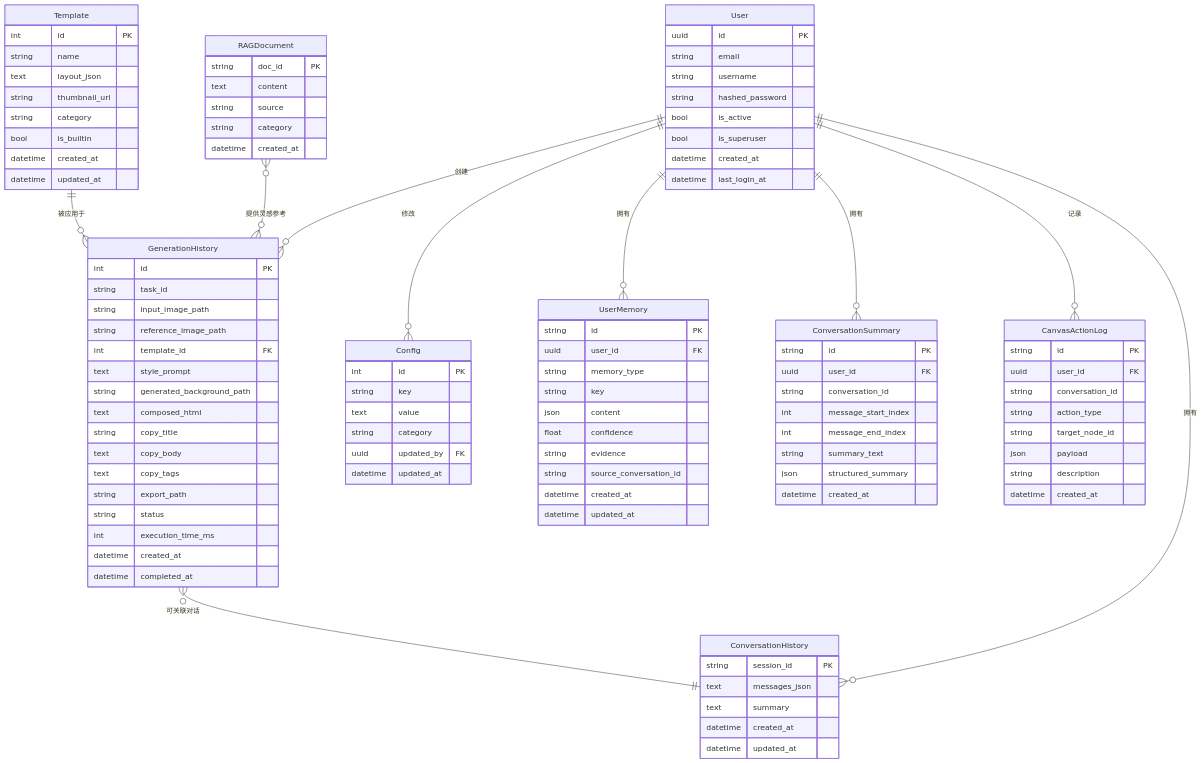
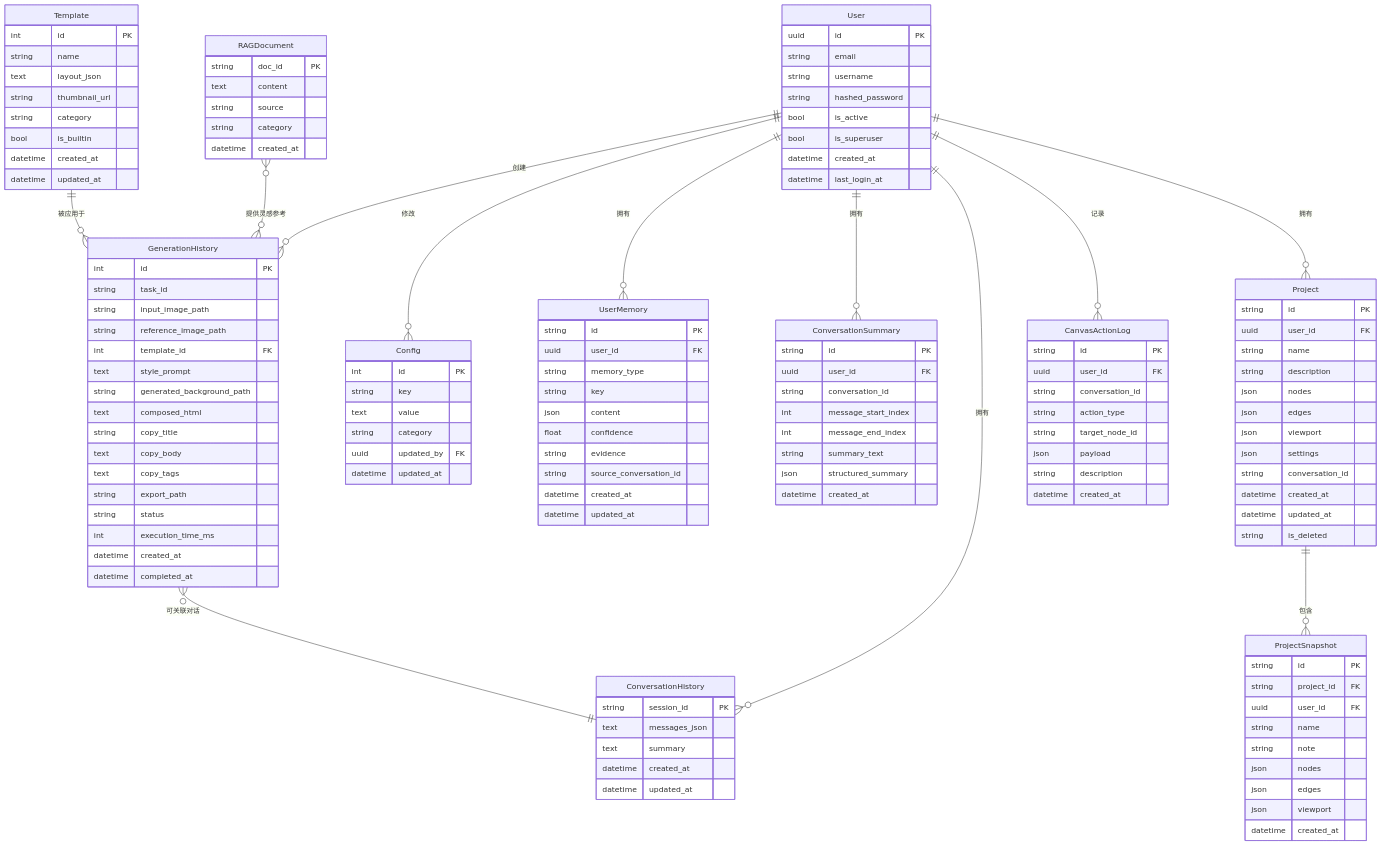
Before and after one commit to tianfeicoding/magnes: the first of 4 diagrams in specs/04_data_design.md, drawn with Mermaid. The commit also changed other lines of this file and 23 other files, not shown here.

````diff
--- a/specs/04_data_design.md
+++ b/specs/04_data_design.md
@@ -381,6 +428,33 @@
         datetime created_at
     }
 
+    Project {
+        string id PK
+        uuid user_id FK
+        string name
+        string description
+        json nodes
+        json edges
+        json viewport
+        json settings
+        string conversation_id
+        datetime created_at
+        datetime updated_at
+        string is_deleted
+    }
+
+    ProjectSnapshot {
+        string id PK
+        string project_id FK
+        uuid user_id FK
+        string name
+        string note
+        json nodes
+        json edges
+        json viewport
+        datetime created_at
+    }
+
     CanvasActionLog {
         string id PK
         uuid user_id FK
@@ -401,4 +475,6 @@
     User ||--o{ UserMemory : "拥有"
     User ||--o{ ConversationSummary : "拥有"
     User ||--o{ CanvasActionLog : "记录"
+    User ||--o{ Project : "拥有"
+    Project ||--o{ ProjectSnapshot : "包含"
 ```
````
